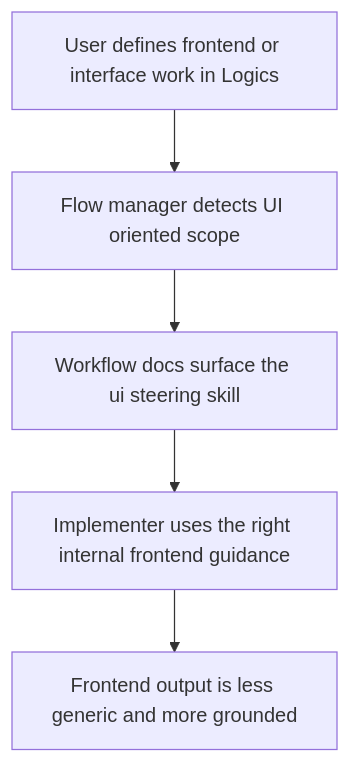
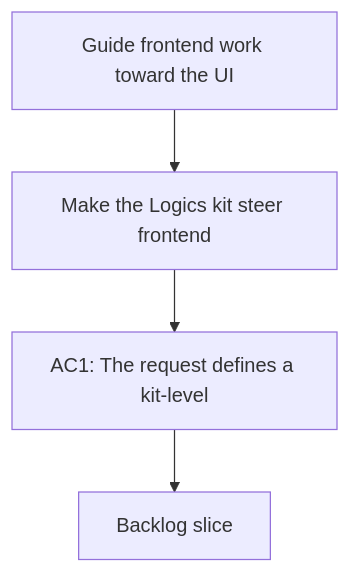
Before and after one commit to AlexAgo83/logics-manager: the diagram in logics/request/req_059_guide_frontend_work_toward_the_ui_steering_skill_in_the_logics_kit.md, drawn with Mermaid. The commit also changed 481 other files, not shown here.

Commit message:
Normalize Logics docs and workflow indicators

````diff
--- a/logics/request/req_059_guide_frontend_work_toward_the_ui_steering_skill_in_the_logics_kit.md
+++ b/logics/request/req_059_guide_frontend_work_toward_the_ui_steering_skill_in_the_logics_kit.md
@@ -35,8 +35,8 @@
 ```mermaid
+%% logics-kind: request
 %% logics-signature: request|guide-frontend-work-toward-the-ui-steeri|make-the-logics-kit-steer-frontend|ac1-the-request-defines-a-kit-level
 flowchart TD
-    A[User defines frontend or interface work in Logics] --> B[Flow manager detects UI oriented scope]
-    B --> C[Workflow docs surface the ui steering skill]
-    C --> D[Implementer uses the right internal frontend guidance]
-    D --> E[Frontend output is less generic and more grounded]
+    Trigger[Guide frontend work toward the UI] --> Need[Make the Logics kit steer frontend]
+    Need --> Outcome[AC1: The request defines a kit-level]
+    Outcome --> Backlog[Backlog slice]
 ```
````
